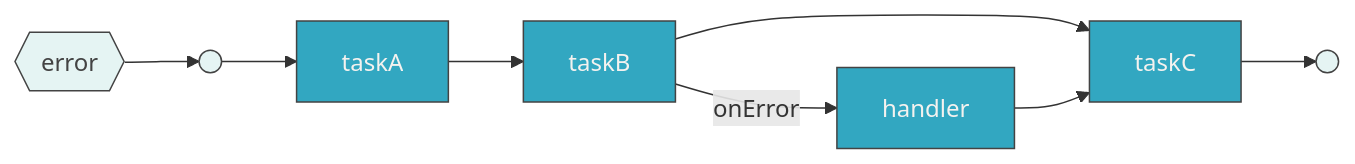
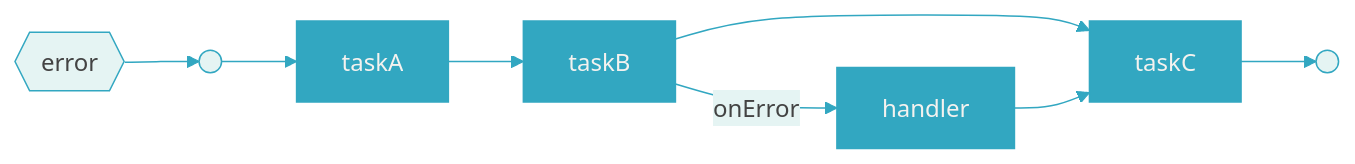
One commit to bhardwajRahul/fabric changed the diagram in verify/errorflow/ERROR.mmd. Above: the diagram before and after it, drawn with Mermaid. The commit also changed 171 other files, not shown here.

```diff
--- a/verify/errorflow/ERROR.mmd
+++ b/verify/errorflow/ERROR.mmd
@@ -1,12 +1,17 @@
+%%{init: {'themeVariables': {'lineColor': '#32a7c1', 'edgeLabelBackground': '#e5f4f3', 'textColor': '#434343', 'titleColor': '#32a7c1', 'clusterTextColor': '#32a7c1'}}}%%
 graph LR
-    classDef task fill:#32a7c1,color:#f4f2ef,stroke:#434343
-    classDef sub fill:#ed2e92,color:#f4f2ef,stroke:#434343
-    classDef term fill:#e5f4f3,color:#434343,stroke:#434343
+    classDef task fill:#32a7c1,color:#f4f2ef,stroke:#32a7c1
+    classDef sub fill:#ed2e92,color:#f4f2ef,stroke:#ed2e92
+    classDef term fill:#e5f4f3,color:#434343,stroke:#32a7c1
 
     _title{{"error"}}:::term --> _start
-    _start(( )):::term --> t0["taskA"]:::task
-    t0 --> t1["taskB"]:::task
-    t1 -->|"onError"| t2["handler"]:::task
-    t1 --> t3["taskC"]:::task
+    _start(( )):::term --> t0
+    t0["taskA"]:::task
+    t1["taskB"]:::task
+    t2["handler"]:::task
+    t3["taskC"]:::task
+    t0 --> t1
+    t1 -->|"onError"| t2
+    t1 --> t3
     t2 --> t3
     t3 --> _end(( )):::term
```
